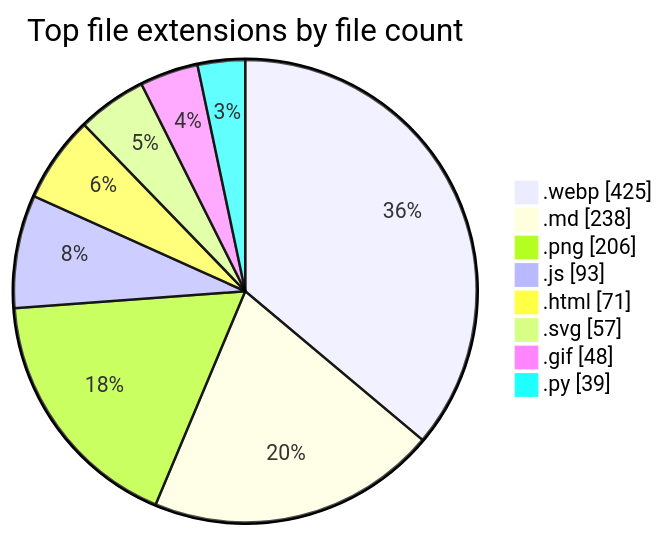
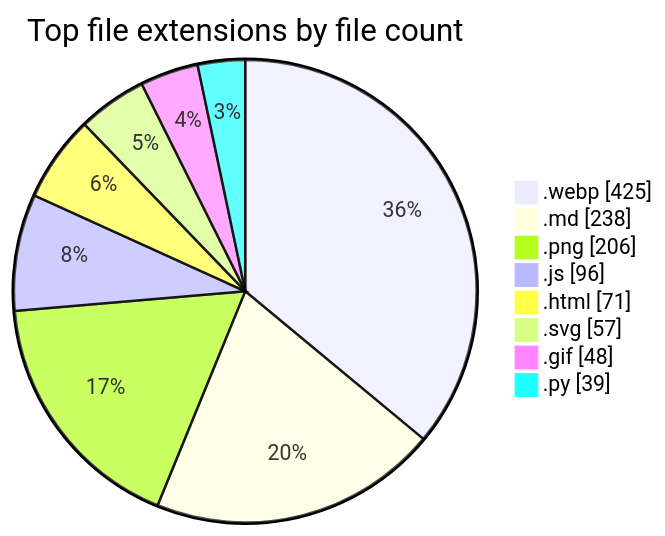
Before and after one commit to tchinso/tchinso: the second of 2 diagrams in README.md, drawn with Mermaid. The commit also changed other lines of this file, not shown here.

````diff
--- a/README.md
+++ b/README.md
@@ -53,12 +53,12 @@
 ```mermaid
 pie showData
     title Top file extensions by file count
     ".webp" : 425
     ".md" : 238
     ".png" : 206
-    ".js" : 93
+    ".js" : 96
     ".html" : 71
     ".svg" : 57
     ".gif" : 48
     ".py" : 39
 ```
````
